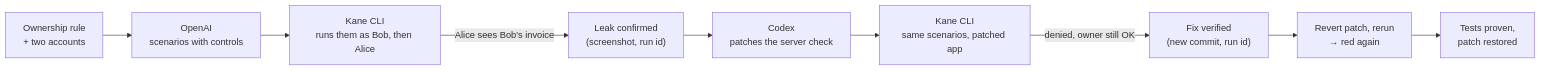
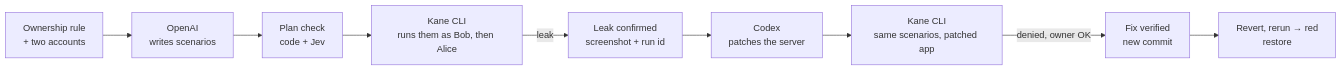
One commit to aayushkhator1994/bugsy changed the diagram in README.md. Above: the diagram before and after it, drawn with Mermaid. The commit also changed other lines of this file and 8 other files, not shown here.

````diff
--- a/README.md
+++ b/README.md
@@ -23,11 +24,11 @@
 ```mermaid
 flowchart LR
-  R["Ownership rule<br/>+ two accounts"] --> O["OpenAI<br/>scenarios with controls"]
-  O --> K1["Kane CLI<br/>runs them as Bob, then Alice"]
-  K1 -->|"Alice sees Bob's invoice"| F["Leak confirmed<br/>(screenshot, run id)"]
-  F --> C["Codex<br/>patches the server check"]
+  R["Ownership rule<br/>+ two accounts"] --> O["OpenAI<br/>writes scenarios"]
+  O --> J["Plan check<br/>code + Jev"]
+  J --> K1["Kane CLI<br/>runs them as Bob, then Alice"]
+  K1 -->|"leak"| F["Leak confirmed<br/>screenshot + run id"]
+  F --> C["Codex<br/>patches the server"]
   C --> K2["Kane CLI<br/>same scenarios, patched app"]
-  K2 -->|"denied, owner still OK"| V["Fix verified<br/>(new commit, run id)"]
-  V --> S["Revert patch, rerun<br/>→ red again"]
-  S --> P["Tests proven,<br/>patch restored"]
+  K2 -->|"denied, owner OK"| V["Fix verified<br/>new commit"]
+  V --> S["Revert, rerun → red<br/>restore"]
 ```
````
